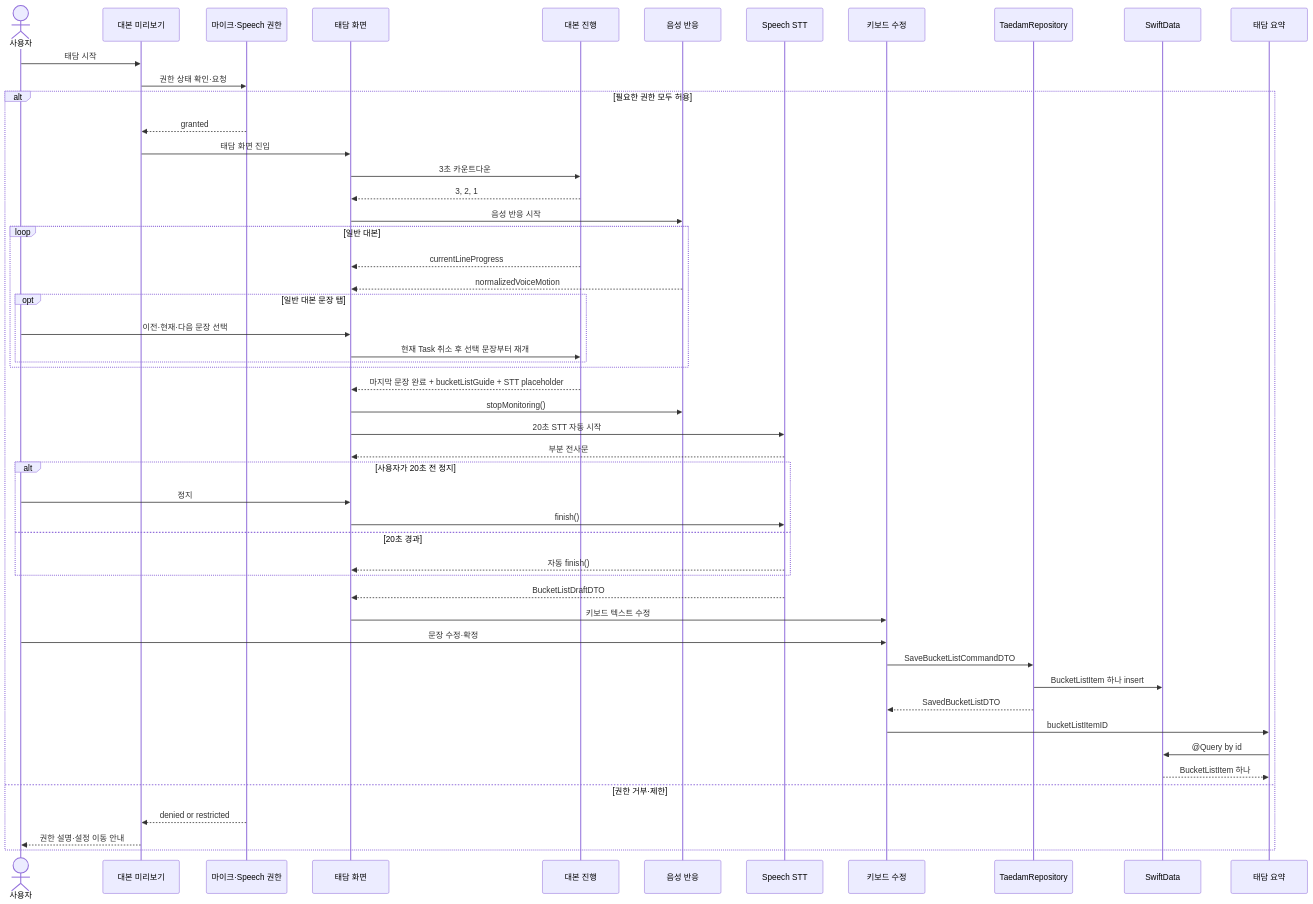
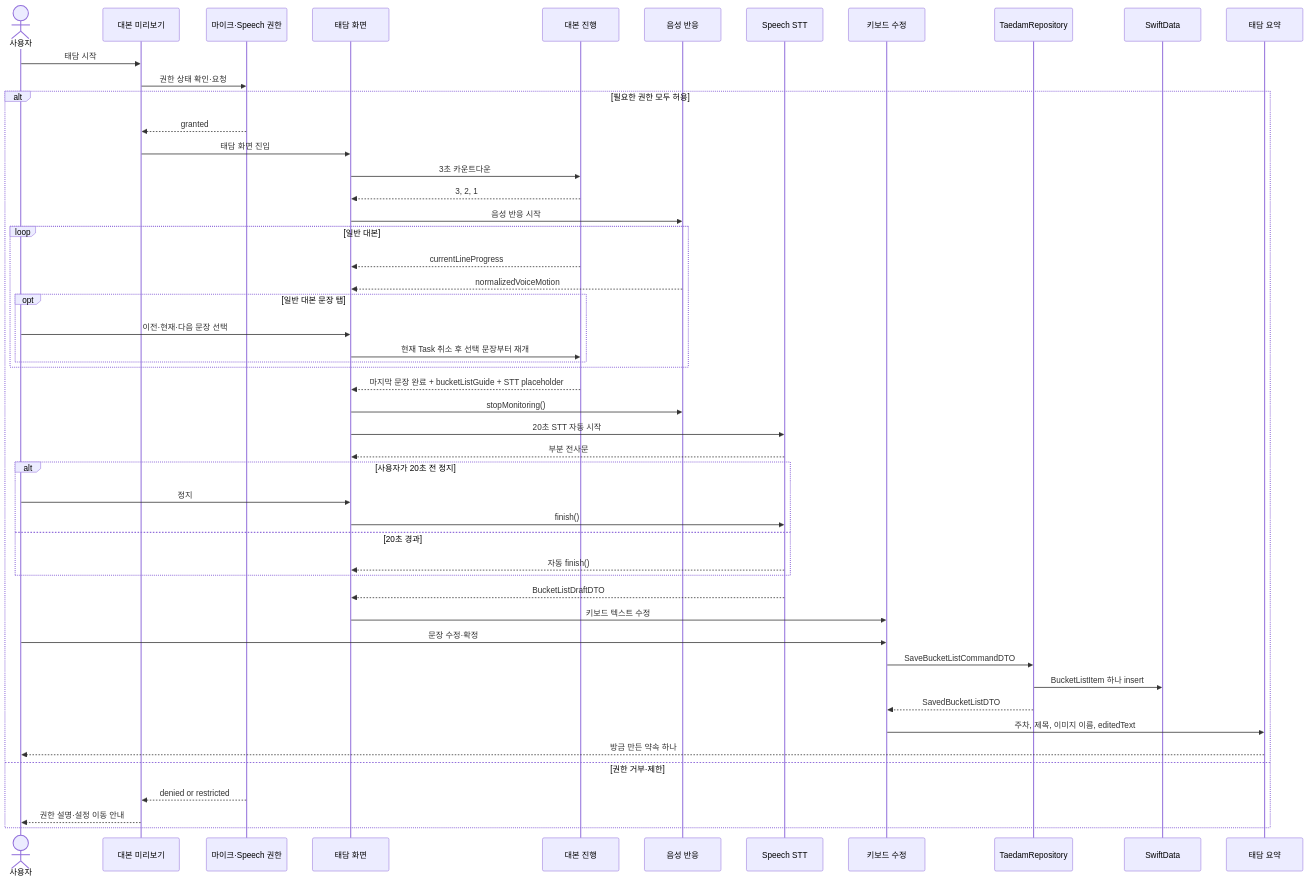
One commit to DeveloperAcademy-POSTECH/2026-C4-M15-siboya changed the diagram in docs/design/taedam-session-spec.md. Above: the diagram before and after it, drawn with Mermaid. The commit also changed other lines of this file and 1 other file, not shown here.

````diff
--- a/docs/design/taedam-session-spec.md
+++ b/docs/design/taedam-session-spec.md
@@ -110,54 +121,53 @@
 ```mermaid
 sequenceDiagram
     actor User as 사용자
     participant Preview as 대본 미리보기
     participant Permission as 마이크·Speech 권한
     participant Screen as 태담 화면
     participant Progress as 대본 진행
     participant Motion as 음성 반응
     participant Speech as Speech STT
     participant Keyboard as 키보드 수정
     participant Repository as TaedamRepository
     participant Data as SwiftData
     participant Summary as 태담 요약
 
     User->>Preview: 태담 시작
     Preview->>Permission: 권한 상태 확인·요청
     alt 필요한 권한 모두 허용
         Permission-->>Preview: granted
         Preview->>Screen: 태담 화면 진입
         Screen->>Progress: 3초 카운트다운
         Progress-->>Screen: 3, 2, 1
         Screen->>Motion: 음성 반응 시작
         loop 일반 대본
             Progress-->>Screen: currentLineProgress
             Motion-->>Screen: normalizedVoiceMotion
             opt 일반 대본 문장 탭
                 User->>Screen: 이전·현재·다음 문장 선택
                 Screen->>Progress: 현재 Task 취소 후 선택 문장부터 재개
             end
         end
         Progress-->>Screen: 마지막 문장 완료 + bucketListGuide + STT placeholder
         Screen->>Motion: stopMonitoring()
         Screen->>Speech: 20초 STT 자동 시작
         Speech-->>Screen: 부분 전사문
         alt 사용자가 20초 전 정지
             User->>Screen: 정지
             Screen->>Speech: finish()
         else 20초 경과
             Speech-->>Screen: 자동 finish()
         end
         Speech-->>Screen: BucketListDraftDTO
         Screen->>Keyboard: 키보드 텍스트 수정
         User->>Keyboard: 문장 수정·확정
         Keyboard->>Repository: SaveBucketListCommandDTO
         Repository->>Data: BucketListItem 하나 insert
         Repository-->>Keyboard: SavedBucketListDTO
-        Keyboard->>Summary: bucketListItemID
-        Summary->>Data: @Query by id
-        Data-->>Summary: BucketListItem 하나
+        Keyboard->>Summary: 주차, 제목, 이미지 이름, editedText
+        Summary-->>User: 방금 만든 약속 하나
     else 권한 거부·제한
         Permission-->>Preview: denied or restricted
         Preview-->>User: 권한 설명·설정 이동 안내
     end
 ```
````
